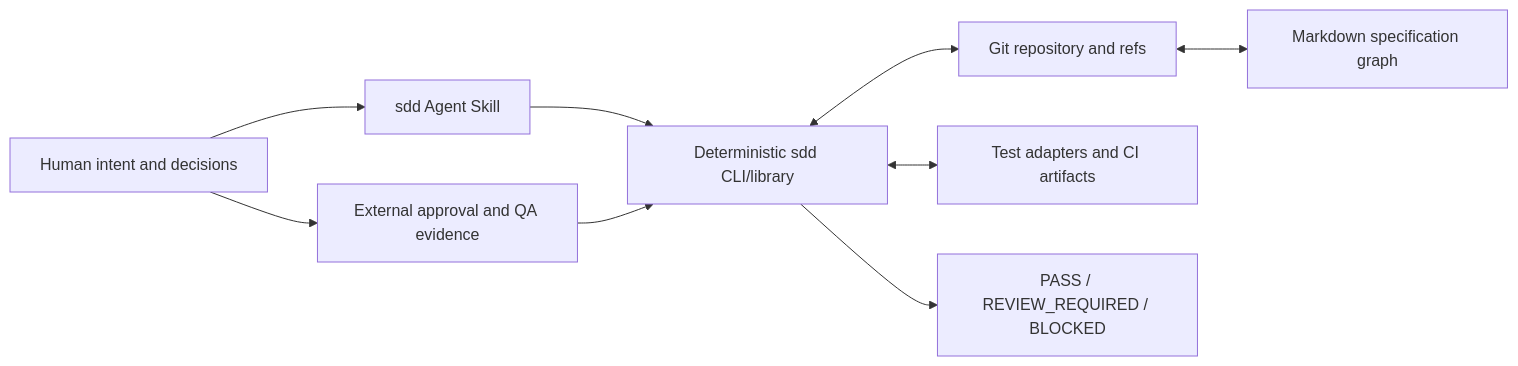
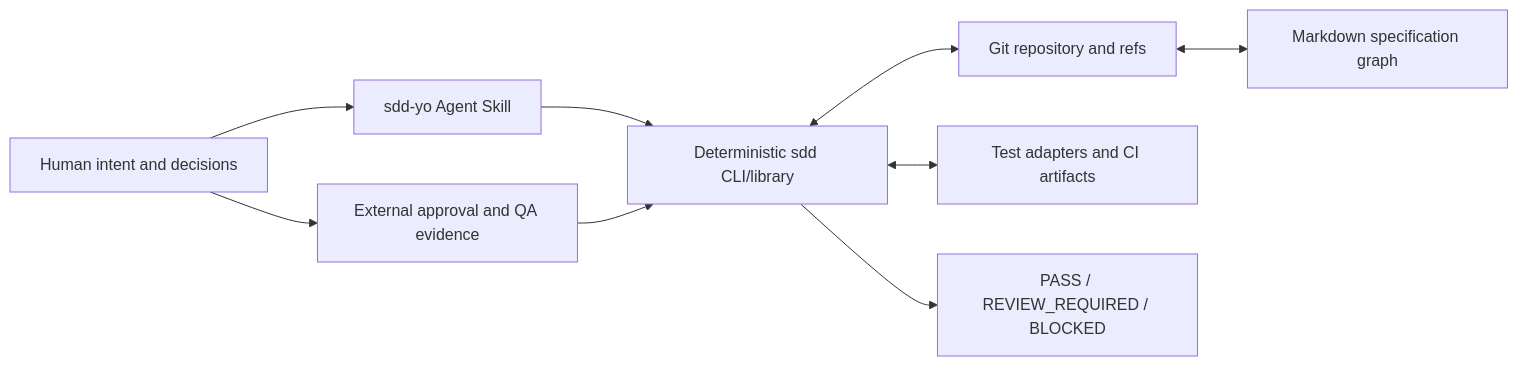
Before and after one commit to briginas/sdd-yo: the first of 2 diagrams in proposal/architecture/overview.md, drawn with Mermaid. The commit also changed 6 other files, not shown here.

Commit message:
docs: rename agent skill to sdd-yo

````diff
--- a/proposal/architecture/overview.md
+++ b/proposal/architecture/overview.md
@@ -11,20 +11,20 @@
 ```mermaid
 flowchart LR
     H["Human intent and decisions"]
-    S["sdd Agent Skill"]
+    S["sdd-yo Agent Skill"]
     C["Deterministic sdd CLI/library"]
     G["Git repository and refs"]
     M["Markdown specification graph"]
     A["Test adapters and CI artifacts"]
     E["External approval and QA evidence"]
     R["PASS / REVIEW_REQUIRED / BLOCKED"]
 
     H --> S
     S --> C
     C <--> G
     G <--> M
     C <--> A
     H --> E
     E --> C
     C --> R
 ```
````
